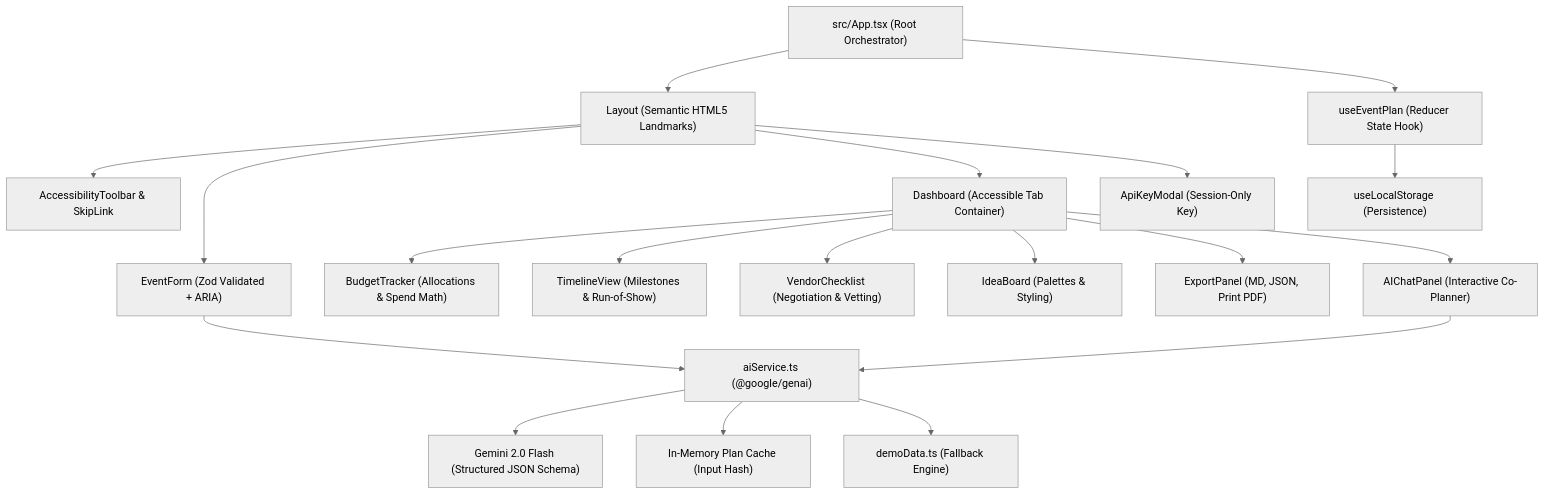
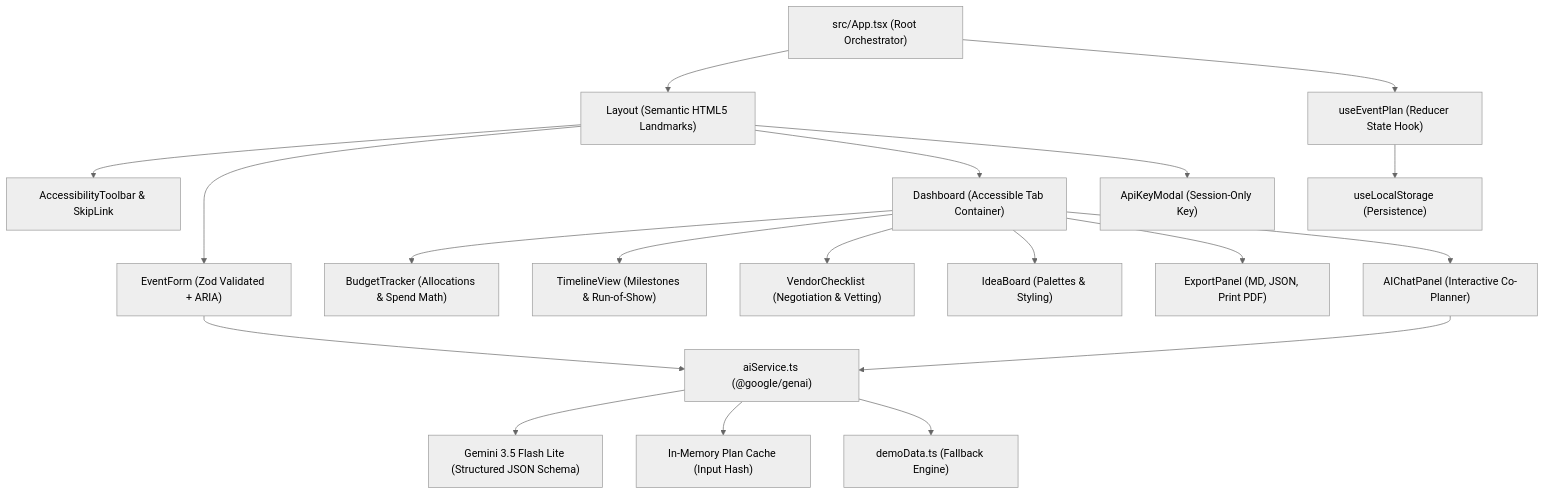
One commit to kavsrd13/auraplan-ai changed the diagram in README.md. Above: the diagram before and after it, drawn with Mermaid (neutral theme). The commit also changed other lines of this file and 8 other files, not shown here.

````diff
--- a/README.md
+++ b/README.md
@@ -68,24 +68,24 @@
 ```mermaid
 graph TD
     App["src/App.tsx (Root Orchestrator)"] --> Layout["Layout (Semantic HTML5 Landmarks)"]
     Layout --> A11y["AccessibilityToolbar & SkipLink"]
     Layout --> EventForm["EventForm (Zod Validated + ARIA)"]
     Layout --> Dashboard["Dashboard (Accessible Tab Container)"]
     Layout --> ApiModal["ApiKeyModal (Session-Only Key)"]
     
     Dashboard --> Budget["BudgetTracker (Allocations & Spend Math)"]
     Dashboard --> Timeline["TimelineView (Milestones & Run-of-Show)"]
     Dashboard --> Vendors["VendorChecklist (Negotiation & Vetting)"]
     Dashboard --> Ideas["IdeaBoard (Palettes & Styling)"]
     Dashboard --> Export["ExportPanel (MD, JSON, Print PDF)"]
     Dashboard --> AIChat["AIChatPanel (Interactive Co-Planner)"]
     
     EventForm --> AIService["aiService.ts (@google/genai)"]
     AIChat --> AIService
-    AIService --> GeminiAPI["Gemini 2.0 Flash (Structured JSON Schema)"]
+    AIService --> GeminiAPI["Gemini 3.5 Flash Lite (Structured JSON Schema)"]
     AIService --> Cache["In-Memory Plan Cache (Input Hash)"]
     AIService --> OfflineFallback["demoData.ts (Fallback Engine)"]
     
     App --> UseEventPlan["useEventPlan (Reducer State Hook)"]
     UseEventPlan --> Storage["useLocalStorage (Persistence)"]
 ```
````
